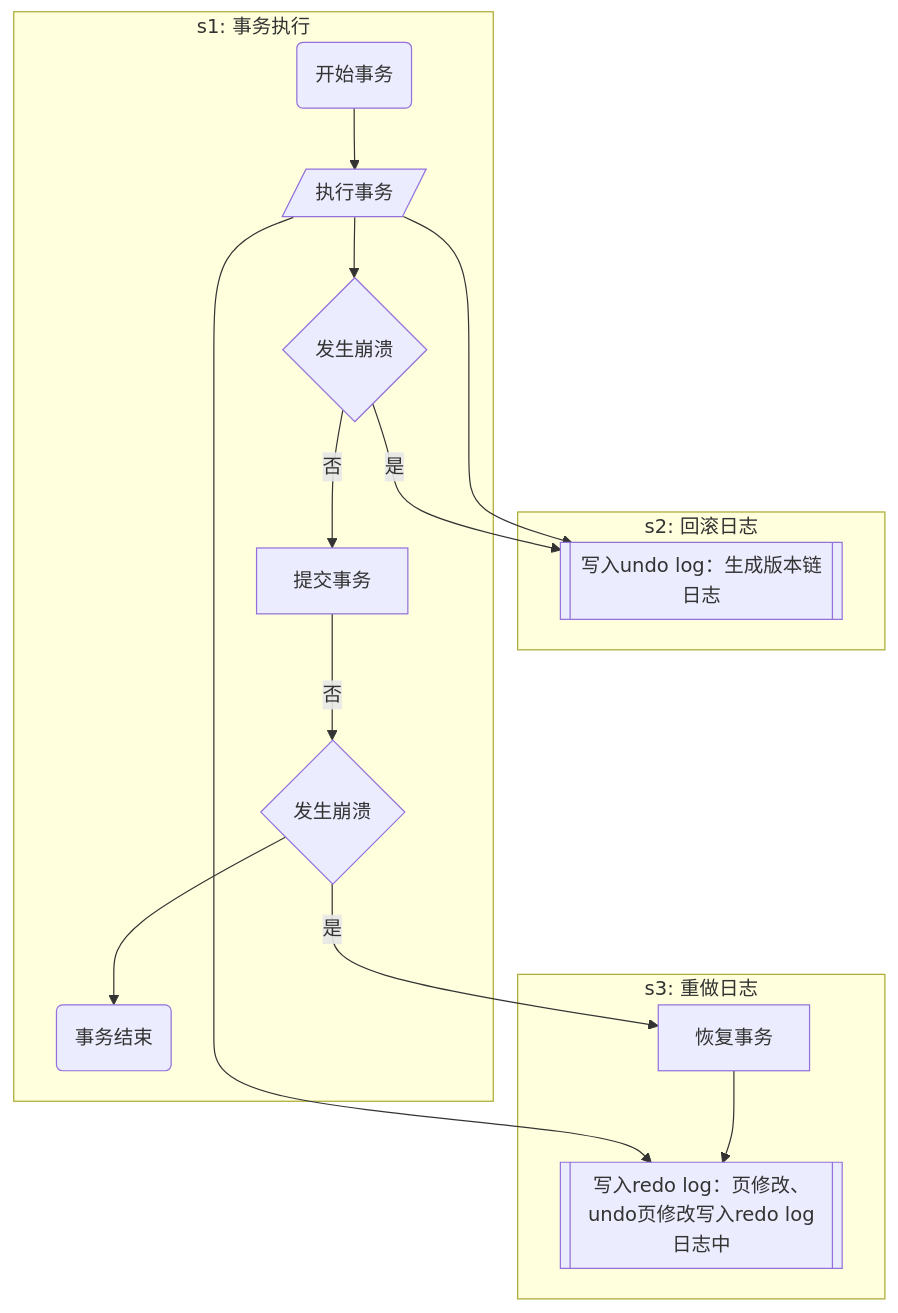
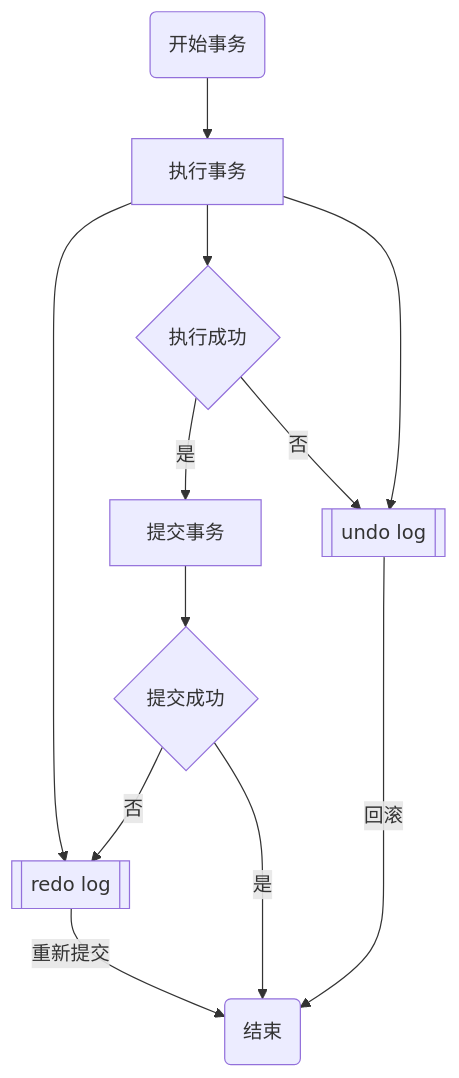
Before and after one commit to hyqc/gbooks: the fourth of 4 diagrams in 数据库/MySQL.md, drawn with Mermaid. The commit also changed other lines of this file and 2 other files, not shown here.

Commit message:
增加数据结构

````diff
--- a/数据库/MySQL.md
+++ b/数据库/MySQL.md
@@ -239,33 +239,27 @@
 ```mermaid
-graph TD
+flowchart TD
+    a1("开始事务")
+    b1[["redo log"]] 
+    a2["执行事务"]  
+    c1[["undo log"]]
+    a3{"执行成功"}
+    a4["提交事务"]
+    a5{"提交成功"}
+    a6("结束")
 
-    subgraph s2: 回滚日志
-    b1[["写入undo log：生成版本链日志"]]
-    end
 
-    subgraph s1: 事务执行
-    a1("开始事务")
-    a2[/"执行事务"/]
-    a3{"发生崩溃"}
-    a4["提交事务"]
-    a5{"发生崩溃"}
-    a6("事务结束")
-    end
-
+    a1-->a2
+    a2-->b1
+    a2-->a3
+    a2-->c1
+    
+    a3--"是"-->a4
+    a4-->a5
     
 
-    subgraph s3: 重做日志
-    c1[["写入redo log：页修改、undo页修改写入redo log日志中"]]
-    c2["恢复事务"]
-    end
-
-    a1-->a2-->a3--"否"-->a4--"否"-->a5-->a6
-    a5--"是"-->c2-->c1
-
-    a2-->b1
-
-    a2-->c1
-
-    a3--"是"-->b1
-
+    a3--"否"-->c1
+    c1--"回滚"-->a6
+    a5--"否"-->b1
+    b1--"重新提交"-->a6
+    a5--"是"-->a6
 ```
````
